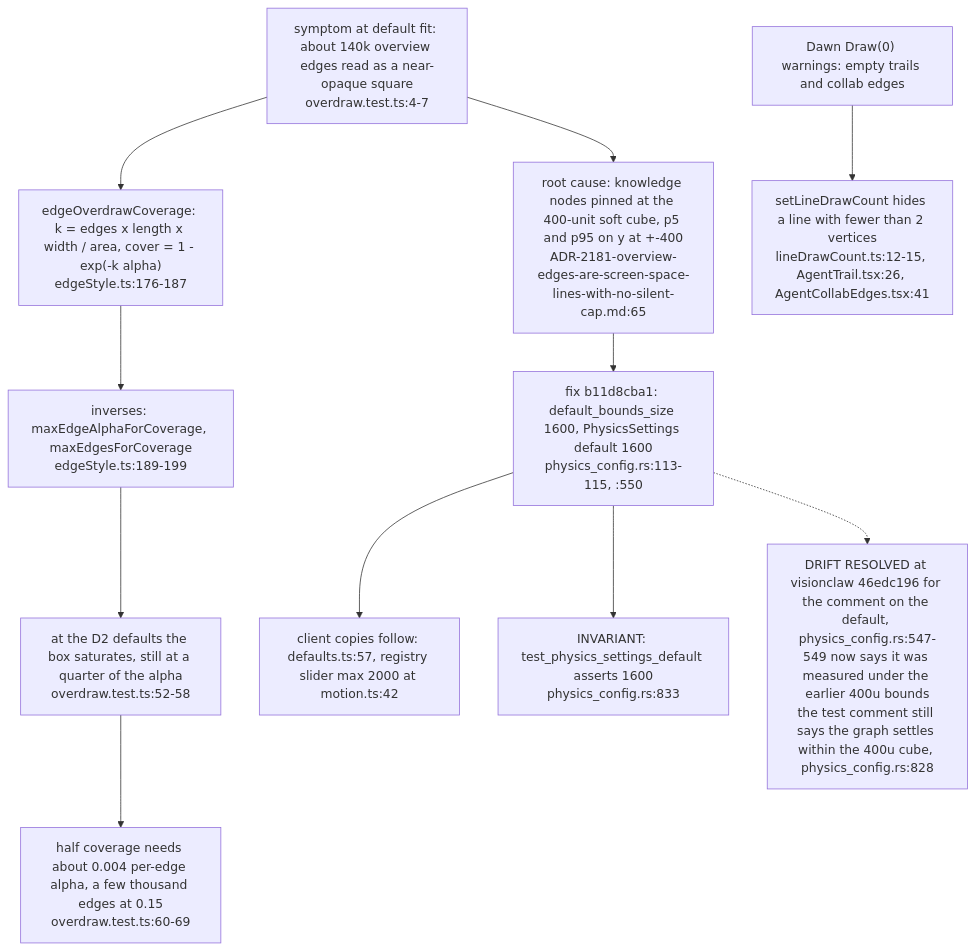
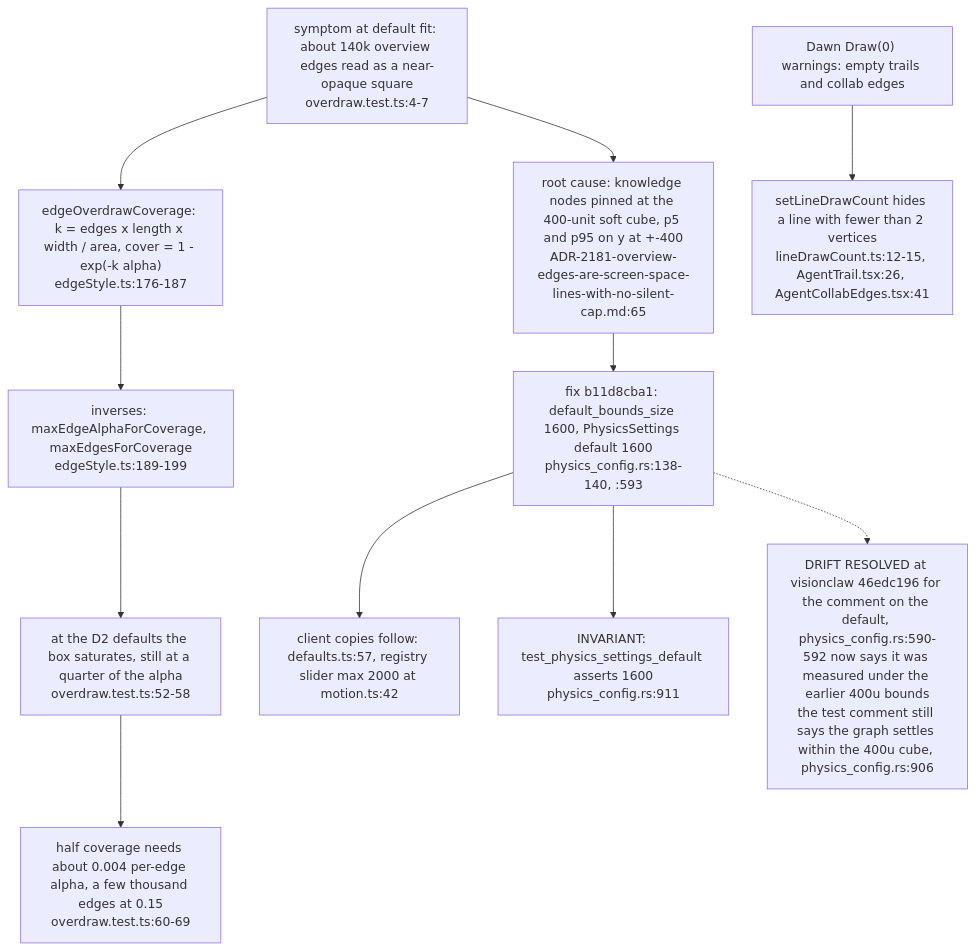
Before and after one commit to DreamLab-AI/VisionFlow: diagram 15 of 15 in docs/diagrams/visionclaw/31-client-graph-render-pipeline.md, drawn with Mermaid. The commit also changed other lines of this file and 81 other files, not shown here.

First line of the commit message:
docs(diagrams): roll VisionClaw topics to main 010e1109b (PR 37 and 38 merged); fix remaining prose citations

````diff
--- a/docs/diagrams/visionclaw/31-client-graph-render-pipeline.md
+++ b/docs/diagrams/visionclaw/31-client-graph-render-pipeline.md
@@ -778,14 +778,14 @@
 ```mermaid
 flowchart TB
     SYM["symptom at default fit: about 140k overview edges read as a near-opaque square<br/>overdraw.test.ts:4-7"]
     SYM --> M1["edgeOverdrawCoverage: k = edges x length x width / area, cover = 1 - exp(-k alpha)<br/>edgeStyle.ts:176-187"]
     M1 --> M2["inverses: maxEdgeAlphaForCoverage, maxEdgesForCoverage<br/>edgeStyle.ts:189-199"]
     M2 --> M3["at the D2 defaults the box saturates, still at a quarter of the alpha<br/>overdraw.test.ts:52-58"]
     M3 --> M4["half coverage needs about 0.004 per-edge alpha, a few thousand edges at 0.15<br/>overdraw.test.ts:60-69"]
     SYM --> L1["root cause: knowledge nodes pinned at the 400-unit soft cube, p5 and p95 on y at +-400<br/>ADR-2181-overview-edges-are-screen-space-lines-with-no-silent-cap.md:65"]
-    L1 --> L2["fix b11d8cba1: default_bounds_size 1600, PhysicsSettings default 1600<br/>physics_config.rs:113-115, :550"]
+    L1 --> L2["fix b11d8cba1: default_bounds_size 1600, PhysicsSettings default 1600<br/>physics_config.rs:138-140, :593"]
     L2 --> L3["client copies follow: defaults.ts:57, registry slider max 2000 at motion.ts:42"]
-    L2 --> L4["INVARIANT: test_physics_settings_default asserts 1600<br/>physics_config.rs:833"]
-    L2 -.-> DR["DRIFT RESOLVED at visionclaw 46edc196 for the comment on the default, physics_config.rs:547-549 now says it was measured under the earlier 400u bounds<br/>the test comment still says the graph settles within the 400u cube, physics_config.rs:828"]
+    L2 --> L4["INVARIANT: test_physics_settings_default asserts 1600<br/>physics_config.rs:911"]
+    L2 -.-> DR["DRIFT RESOLVED at visionclaw 46edc196 for the comment on the default, physics_config.rs:590-592 now says it was measured under the earlier 400u bounds<br/>the test comment still says the graph settles within the 400u cube, physics_config.rs:906"]
     E1["Dawn Draw(0) warnings: empty trails and collab edges"] --> E2["setLineDrawCount hides a line with fewer than 2 vertices<br/>lineDrawCount.ts:12-15, AgentTrail.tsx:26, AgentCollabEdges.tsx:41"]
 ```
````
